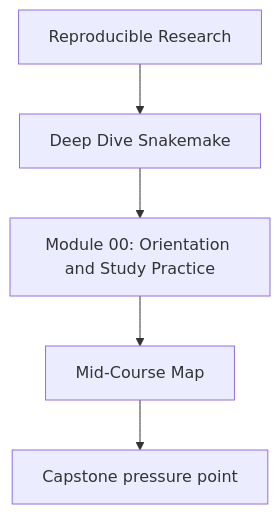
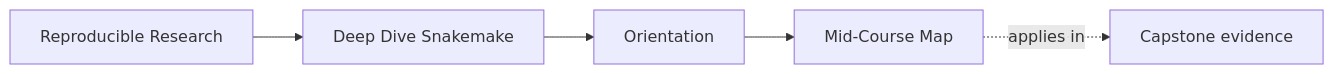
The first of 2 diagrams in programs/reproducible-research/deep-dive-snakemake/course-book/module-00-orientation/mid-course-map.md (bijux/bijux-masterclass), drawn with Mermaid before and after one commit. The commit also changed other lines of this file and 149 other files, not shown here.

Commit message:
docs(deep-dive-snakemake): map workflow proof and operations surfaces

````diff
--- a/programs/reproducible-research/deep-dive-snakemake/course-book/module-00-orientation/mid-course-map.md
+++ b/programs/reproducible-research/deep-dive-snakemake/course-book/module-00-orientation/mid-course-map.md
@@ -6,7 +6,11 @@
 ```mermaid
-flowchart TD
-  family["Reproducible Research"] --> program["Deep Dive Snakemake"]
-  program --> module["Module 00: Orientation and Study Practice"]
-  module --> concept["Mid-Course Map"]
-  concept --> capstone["Capstone pressure point"]
+graph LR
+  family["Reproducible Research"]
+  program["Deep Dive Snakemake"]
+  section["Orientation"]
+  page["Mid-Course Map"]
+  capstone["Capstone evidence"]
+
+  family --> program --> section --> page
+  page -.applies in.-> capstone
 ```
````
